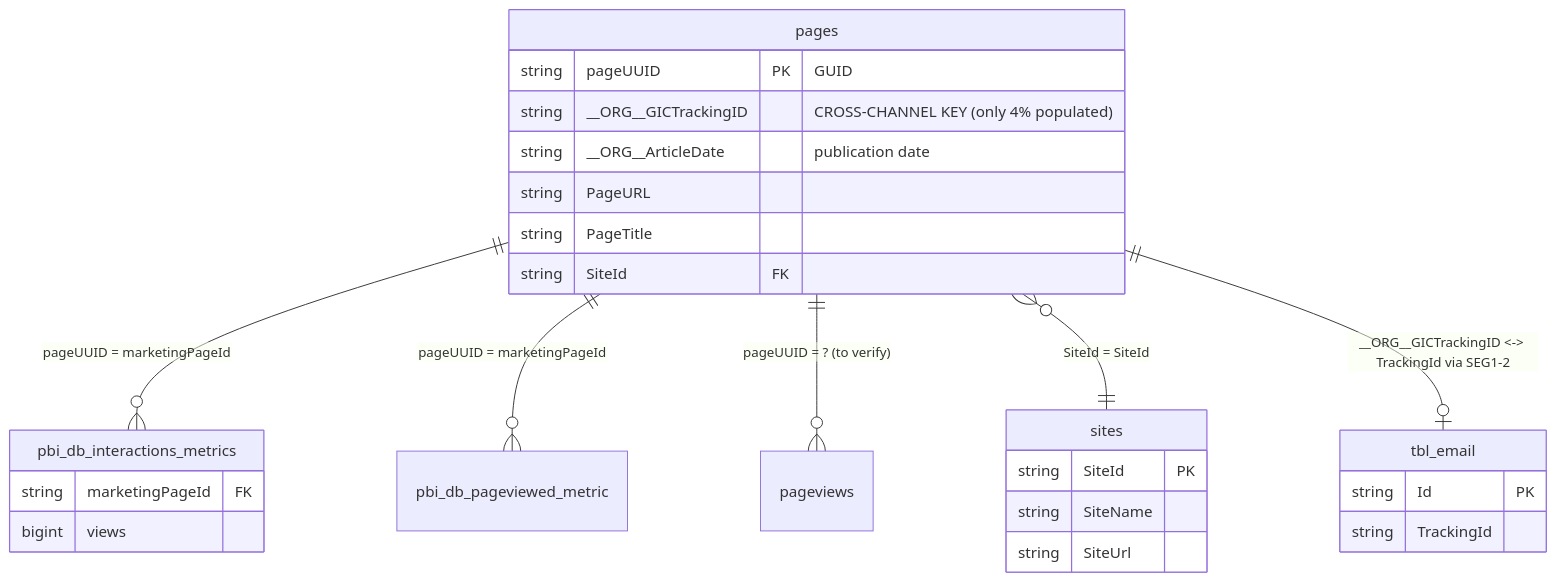
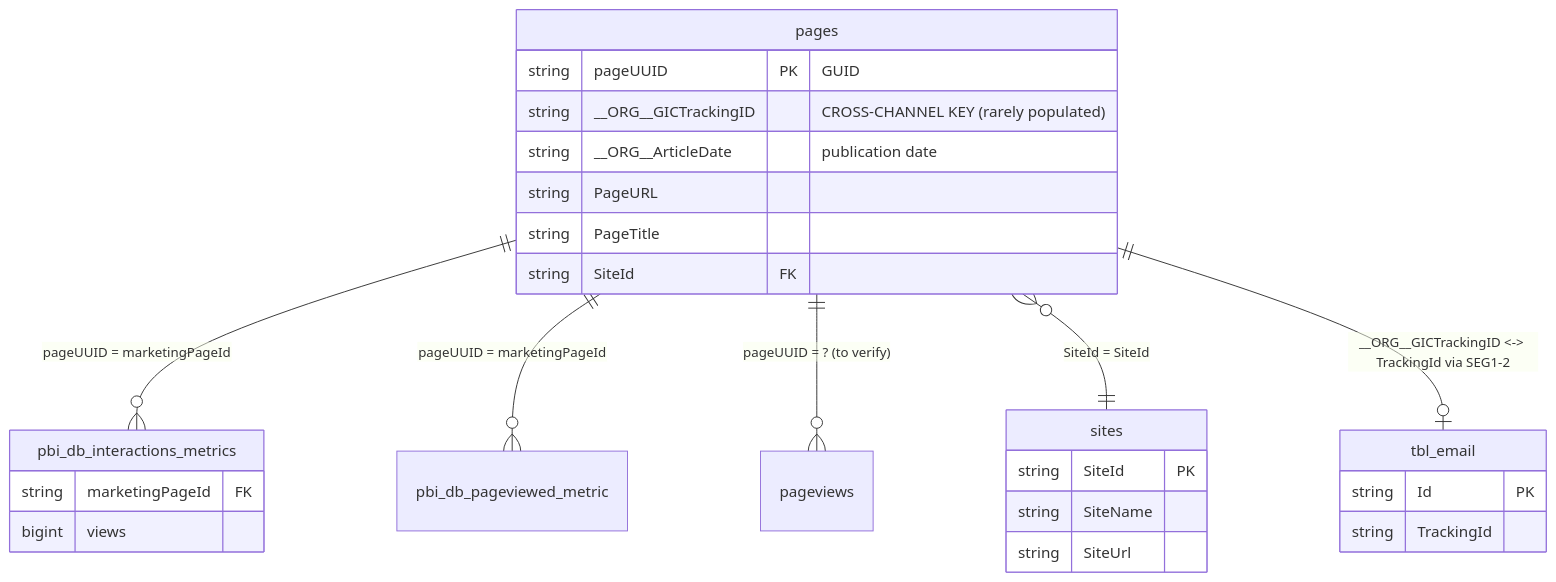
The diagram in docs/tables/sharepoint/pages.md (dallmi/Databricks), drawn with Mermaid before and after one commit. The commit also changed other lines of this file and 87 other files, not shown here.

````diff
--- a/docs/tables/sharepoint/pages.md
+++ b/docs/tables/sharepoint/pages.md
@@ -20,30 +20,30 @@
 ```mermaid
 erDiagram
     pages ||--o{ pbi_db_interactions_metrics : "pageUUID = marketingPageId"
     pages ||--o{ pbi_db_pageviewed_metric    : "pageUUID = marketingPageId"
     pages ||--o{ pageviews                   : "pageUUID = ? (to verify)"
     pages }o--|| sites                       : "SiteId = SiteId"
     pages ||--o| tbl_email                   : "__ORG__GICTrackingID <-> TrackingId via SEG1-2"
 
     pages {
         string pageUUID PK "GUID"
-        string __ORG__GICTrackingID "CROSS-CHANNEL KEY (only 4% populated)"
+        string __ORG__GICTrackingID "CROSS-CHANNEL KEY (rarely populated)"
         string __ORG__ArticleDate "publication date"
         string PageURL
         string PageTitle
         string SiteId FK
     }
     pbi_db_interactions_metrics {
         string marketingPageId FK
         bigint views
     }
     sites {
         string SiteId PK
         string SiteName
         string SiteUrl
     }
     tbl_email {
         string Id PK
         string TrackingId
     }
 ```
````
